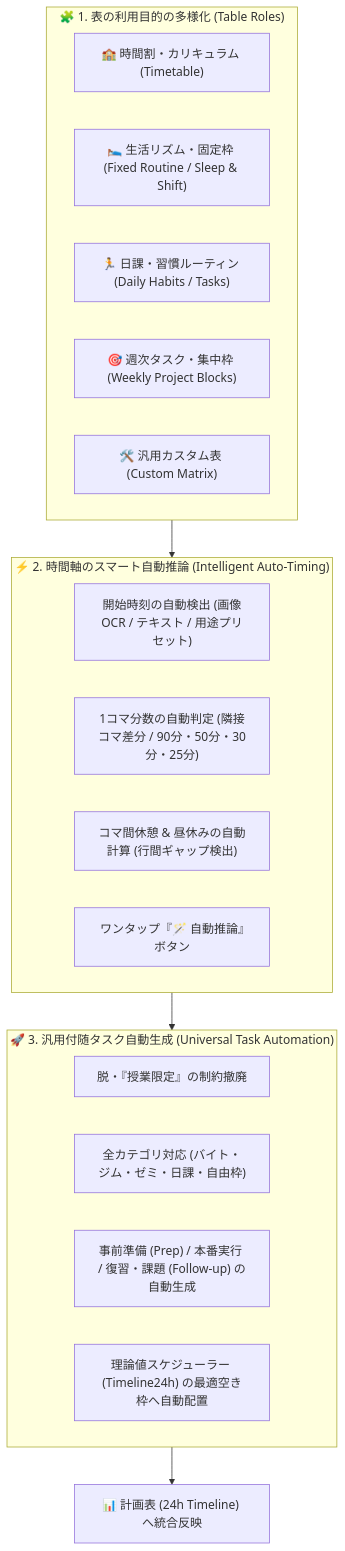
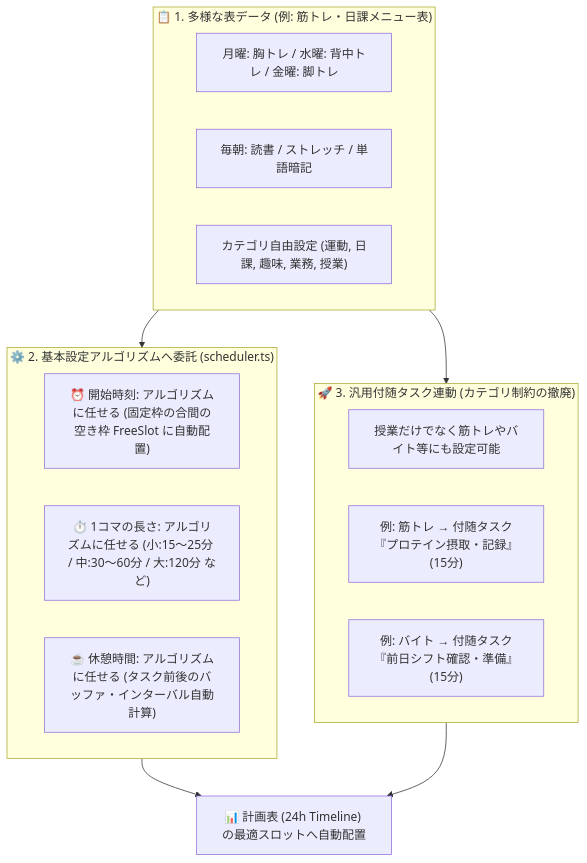
One commit to chku25062-sketch/creation_1 changed the first of 3 diagrams in Plan7.md. Above: the diagram before and after it, drawn with Mermaid. The commit also changed other lines of this file, not shown here.

Commit message:
docs: update Plan7.md to delegate timing/duration/breaks to existing scheduler algorithm and generalize attached tasks

````diff
--- a/Plan7.md
+++ b/Plan7.md
@@ -12,28 +14,25 @@
 ```mermaid
 flowchart TD
-    subgraph MultiRole["🧩 1. 表の利用目的の多様化 (Table Roles)"]
-        R1["🏫 時間割・カリキュラム (Timetable)"]
-        R2["🛌 生活リズム・固定枠 (Fixed Routine / Sleep & Shift)"]
-        R3["🏃 日課・習慣ルーティン (Daily Habits / Tasks)"]
-        R4["🎯 週次タスク・集中枠 (Weekly Project Blocks)"]
-        R5["🛠️ 汎用カスタム表 (Custom Matrix)"]
+    subgraph TableInput["📋 1. 多様な表データ (例: 筋トレ・日課メニュー表)"]
+        T1["月曜: 胸トレ / 水曜: 背中トレ / 金曜: 脚トレ"]
+        T2["毎朝: 読書 / ストレッチ / 単語暗記"]
+        T3["カテゴリ自由設定 (運動, 日課, 趣味, 業務, 授業)"]
     end
 
-    subgraph AutoTiming["⚡ 2. 時間軸のスマート自動推論 (Intelligent Auto-Timing)"]
-        T1["開始時刻の自動検出 (画像OCR / テキスト / 用途プリセット)"]
-        T2["1コマ分数の自動判定 (隣接コマ差分 / 90分・50分・30分・25分)"]
-        T3["コマ間休憩 & 昼休みの自動計算 (行間ギャップ検出)"]
-        T4["ワンタップ『🪄 自動推論』ボタン"]
+    subgraph AutoSchedule["⚙️ 2. 基本設定アルゴリズムへ委託 (scheduler.ts)"]
+        A1["⏰ 開始時刻: アルゴリズムに任せる (固定枠の合間の空き枠 FreeSlot に自動配置)"]
+        A2["⏱️ 1コマの長さ: アルゴリズムに任せる (小:15〜25分 / 中:30〜60分 / 大:120分 など)"]
+        A3["☕ 休憩時間: アルゴリズムに任せる (タスク前後のバッファ・インターバル自動計算)"]
     end
 
-    subgraph UniversalTask["🚀 3. 汎用付随タスク自動生成 (Universal Task Automation)"]
-        U1["脱・『授業限定』の制約撤廃"]
-        U2["全カテゴリ対応 (バイト・ジム・ゼミ・日課・自由枠)"]
-        U3["事前準備 (Prep) / 本番実行 / 復習・課題 (Follow-up) の自動生成"]
-        U4["理論値スケジューラー (Timeline24h) の最適空き枠へ自動配置"]
+    subgraph UniversalTask["🚀 3. 汎用付随タスク連動 (カテゴリ制約の撤廃)"]
+        U1["授業だけでなく筋トレやバイト等にも設定可能"]
+        U2["例: 筋トレ → 付随タスク『プロテイン摂取・記録』(15分)"]
+        U3["例: バイト → 付随タスク『前日シフト確認・準備』(15分)"]
     end
 
-    MultiRole --> AutoTiming
-    AutoTiming --> UniversalTask
-    UniversalTask --> Timeline["📊 計画表 (24h Timeline) へ統合反映"]
+    TableInput --> AutoSchedule
+    TableInput --> UniversalTask
+    AutoSchedule --> Timeline["📊 計画表 (24h Timeline) の最適スロットへ自動配置"]
+    UniversalTask --> Timeline
 ```
````
